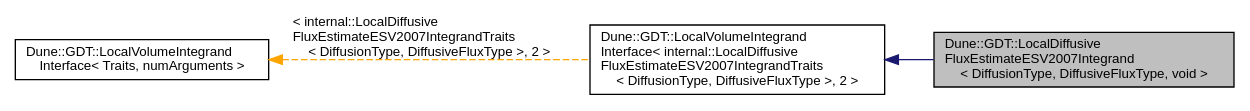
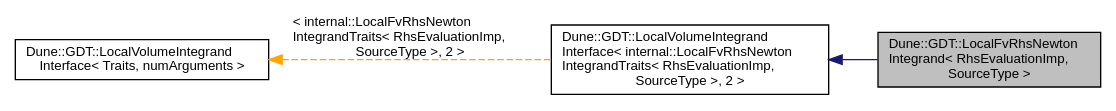
Before and after one commit to dune-community/dune-community.github.io: the diagram in docs/dune-gdt/''/a01512.dot, drawn with Graphviz. The commit also changed 2591 other files, not shown here.

Commit message:
Updated documentation for dune-gdt ''

```diff
--- a/docs/dune-gdt/''/a01512.dot
+++ b/docs/dune-gdt/''/a01512.dot
@@ -1,11 +1,11 @@
-digraph "Dune::GDT::LocalDiffusiveFluxEstimateESV2007Integrand&lt; DiffusionType, DiffusiveFluxType, void &gt;"
+digraph "Dune::GDT::LocalFvRhsNewtonIntegrand&lt; RhsEvaluationImp, SourceType &gt;"
 {
   edge [fontname="Helvetica",fontsize="10",labelfontname="Helvetica",labelfontsize="10"];
   node [fontname="Helvetica",fontsize="10",shape=record];
   rankdir="LR";
-  Node0 [label="Dune::GDT::LocalDiffusive\lFluxEstimateESV2007Integrand\l\< DiffusionType, DiffusiveFluxType, void \>",height=0.2,width=0.4,color="black", fillcolor="grey75", style="filled", fontcolor="black"];
+  Node0 [label="Dune::GDT::LocalFvRhsNewton\lIntegrand\< RhsEvaluationImp,\l SourceType \>",height=0.2,width=0.4,color="black", fillcolor="grey75", style="filled", fontcolor="black"];
   Node1 -> Node0 [dir="back",color="midnightblue",fontsize="10",style="solid",fontname="Helvetica"];
-  Node1 [label="Dune::GDT::LocalVolumeIntegrand\lInterface\< internal::LocalDiffusive\lFluxEstimateESV2007IntegrandTraits\l\< DiffusionType, DiffusiveFluxType \>, 2 \>",height=0.2,width=0.4,color="black", fillcolor="white", style="filled",URL="$a01541.html"];
-  Node2 -> Node1 [dir="back",color="orange",fontsize="10",style="dashed",label=" \< internal::LocalDiffusive\lFluxEstimateESV2007IntegrandTraits\l\< DiffusionType, DiffusiveFluxType \>, 2 \>" ,fontname="Helvetica"];
-  Node2 [label="Dune::GDT::LocalVolumeIntegrand\lInterface\< Traits, numArguments \>",height=0.2,width=0.4,color="black", fillcolor="white", style="filled",URL="$a01541.html",tooltip="Interface for local evaluations that depend on a codim 0 entity. "];
+  Node1 [label="Dune::GDT::LocalVolumeIntegrand\lInterface\< internal::LocalFvRhsNewton\lIntegrandTraits\< RhsEvaluationImp,\l SourceType \>, 2 \>",height=0.2,width=0.4,color="black", fillcolor="white", style="filled",URL="$a01529.html"];
+  Node2 -> Node1 [dir="back",color="orange",fontsize="10",style="dashed",label=" \< internal::LocalFvRhsNewton\lIntegrandTraits\< RhsEvaluationImp,\l SourceType \>, 2 \>" ,fontname="Helvetica"];
+  Node2 [label="Dune::GDT::LocalVolumeIntegrand\lInterface\< Traits, numArguments \>",height=0.2,width=0.4,color="black", fillcolor="white", style="filled",URL="$a01529.html",tooltip="Interface for local evaluations that depend on a codim 0 entity. "];
 }
```
